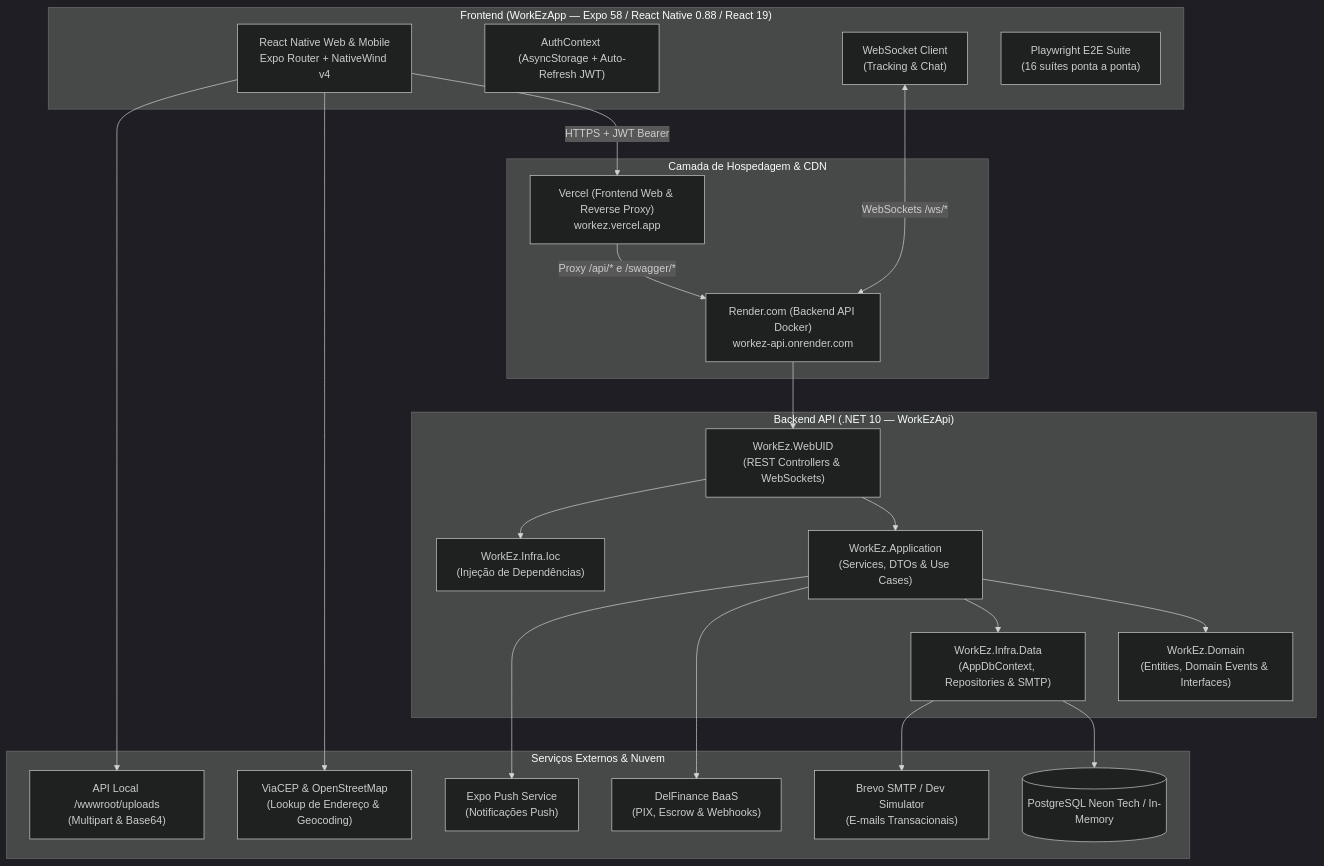
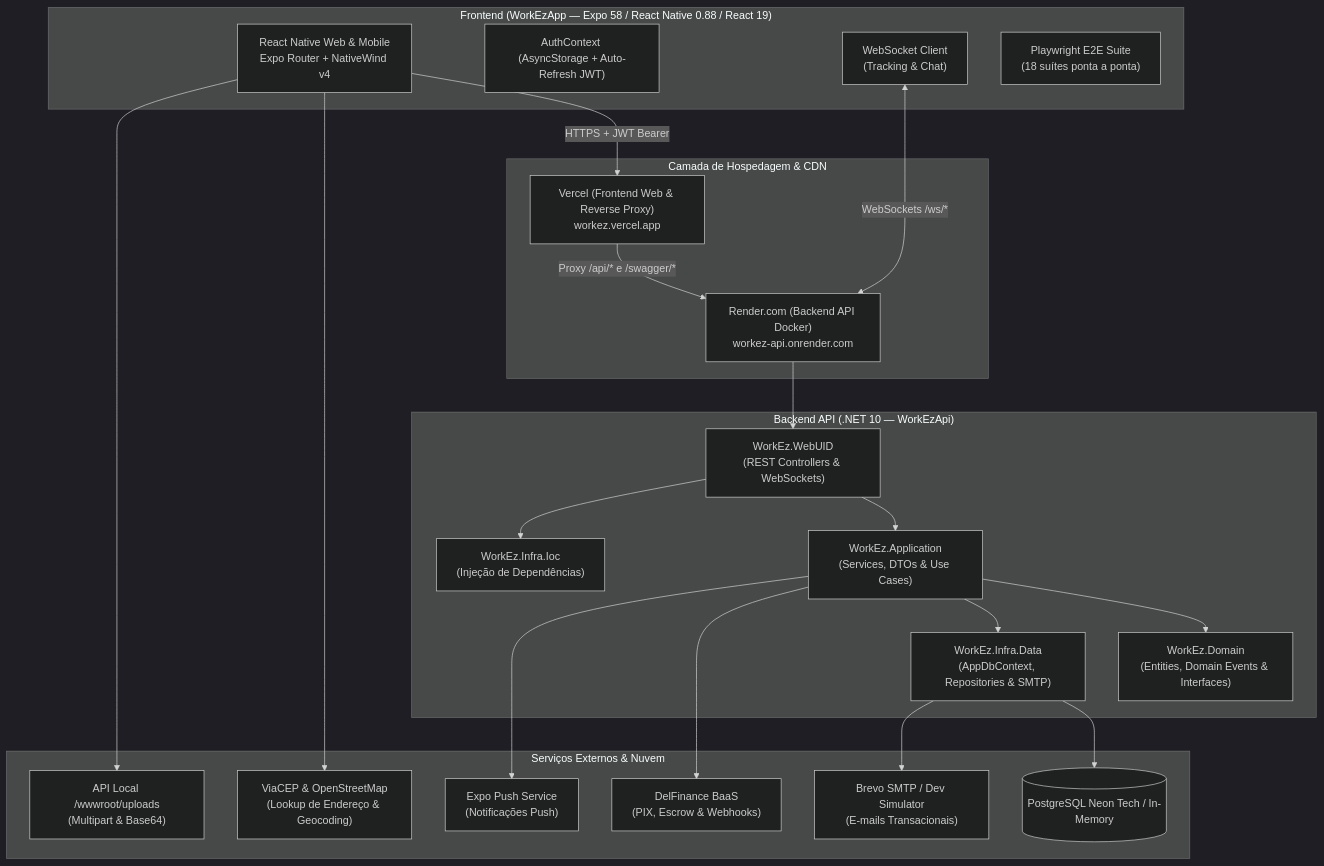
Before and after one commit to fatec-university-projects/WorkEz: the diagram in README.md, drawn with Mermaid (dark theme). The commit also changed other lines of this file and 9 other files, not shown here.

Commit message:
feat(roadmap-phase2): implement provider SOS visibility, emergency filter and counter-proposal workflow

````diff
--- a/README.md
+++ b/README.md
@@ -91,47 +91,47 @@
 ```mermaid
 graph TB
     subgraph Frontend["Frontend (WorkEzApp — Expo 58 / React Native 0.88 / React 19)"]
         UI["React Native Web & Mobile<br/>Expo Router + NativeWind v4"]
         AuthCtx["AuthContext (AsyncStorage + Auto-Refresh JWT)"]
         WSClient["WebSocket Client<br/>(Tracking & Chat)"]
-        E2E["Playwright E2E Suite<br/>(16 suítes ponta a ponta)"]
+        E2E["Playwright E2E Suite<br/>(18 suítes ponta a ponta)"]
     end
 
     subgraph Hosting["Camada de Hospedagem & CDN"]
         Vercel["Vercel (Frontend Web & Reverse Proxy)<br/>workez.vercel.app"]
         Render["Render.com (Backend API Docker)<br/>workez-api.onrender.com"]
     end
 
     subgraph Backend["Backend API (.NET 10 — WorkEzApi)"]
         WebUID["WorkEz.WebUID<br/>(REST Controllers & WebSockets)"]
         Ioc["WorkEz.Infra.Ioc<br/>(Injeção de Dependências)"]
         App["WorkEz.Application<br/>(Services, DTOs & Use Cases)"]
         Domain["WorkEz.Domain<br/>(Entities, Domain Events & Interfaces)"]
         Data["WorkEz.Infra.Data<br/>(AppDbContext, Repositories & SMTP)"]
     end
 
     subgraph ExternalServices["Serviços Externos & Nuvem"]
         Postgres[("PostgreSQL Neon Tech / In-Memory")]
         DelFinance["DelFinance BaaS<br/>(PIX, Escrow & Webhooks)"]
         ExpoPush["Expo Push Service<br/>(Notificações Push)"]
         SmtpService["Brevo SMTP / Dev Simulator<br/>(E-mails Transacionais)"]
         ViaCEP["ViaCEP & OpenStreetMap<br/>(Lookup de Endereço & Geocoding)"]
         LocalUploads["API Local /wwwroot/uploads<br/>(Multipart & Base64)"]
     end
 
     Vercel -->|"Proxy /api/* e /swagger/*"| Render
     UI -->|"HTTPS + JWT Bearer"| Vercel
     WSClient <-->|"WebSockets /ws/*"| Render
     Render --> WebUID
 
     WebUID --> App
     WebUID --> Ioc
     App --> Domain
     App --> Data
     Data --> Postgres
     App --> DelFinance
     App --> ExpoPush
     Data --> SmtpService
     UI --> ViaCEP
     UI --> LocalUploads
 ```
````
